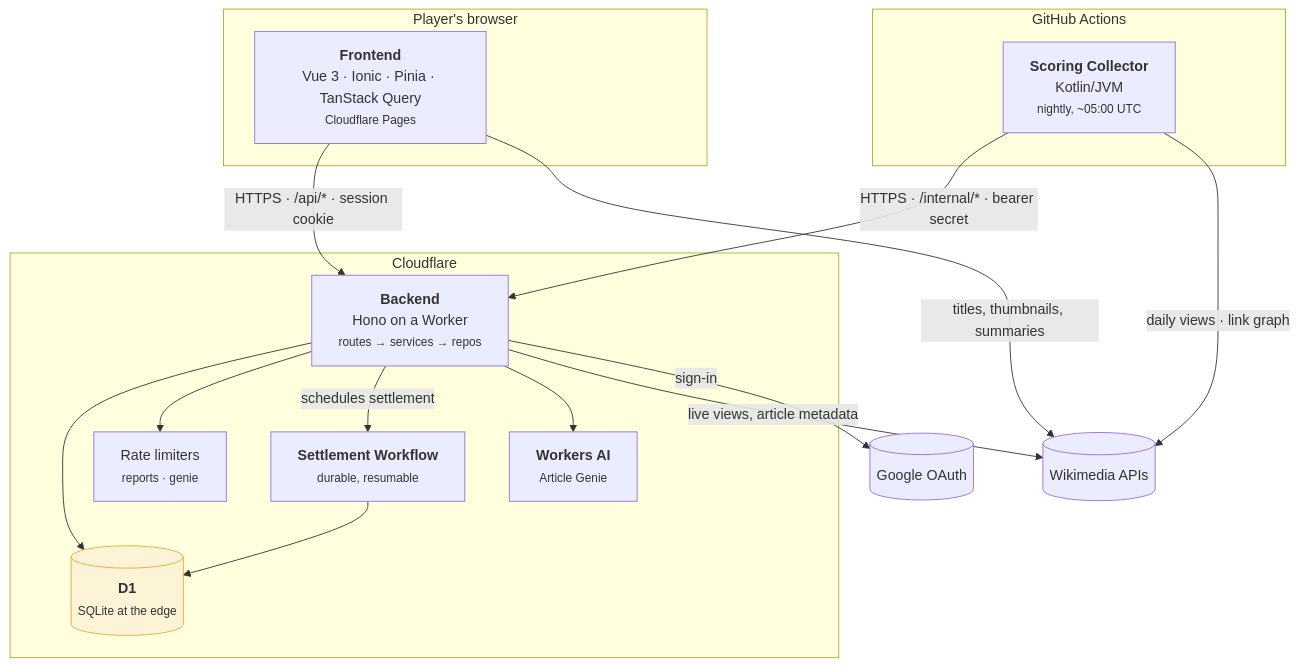
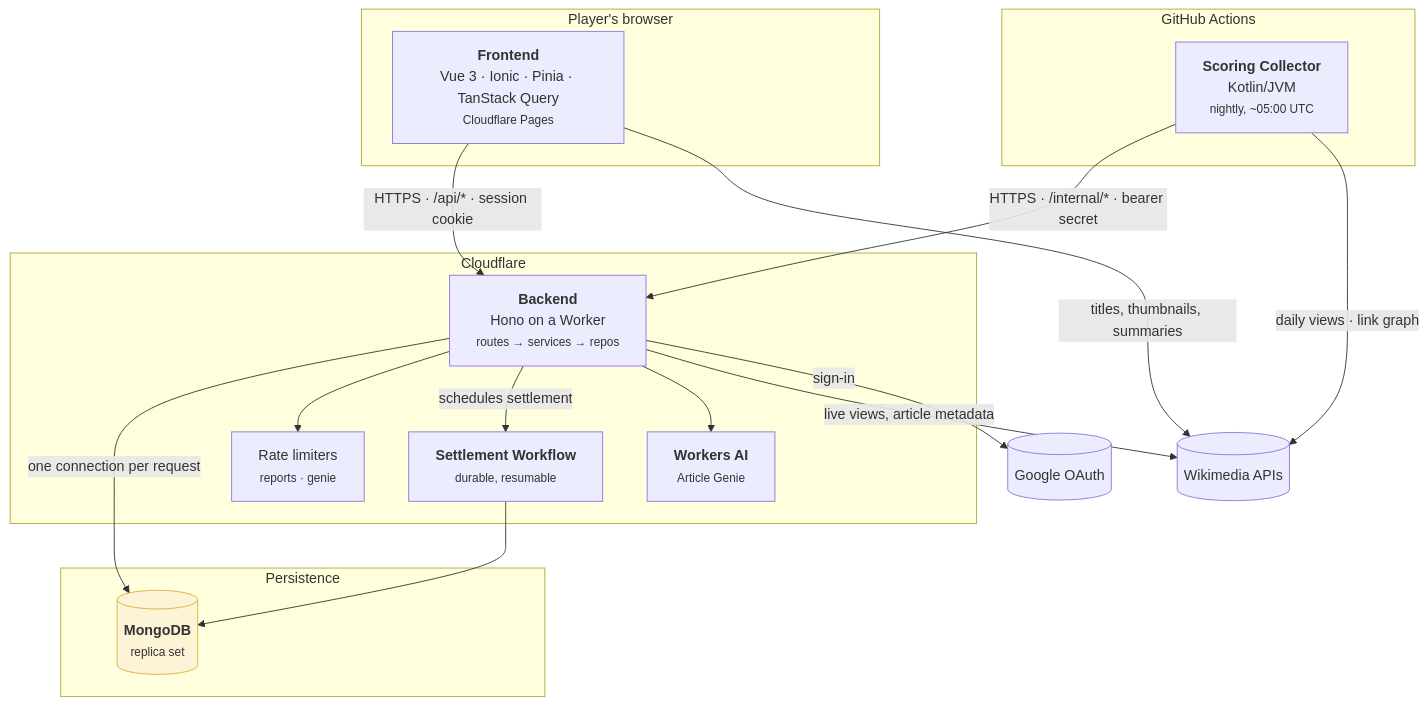
The second of 4 diagrams in docs/site/pages/architecture/index.md (FantasyWiki/FantasyWiki), drawn with Mermaid before and after one commit. The commit also changed other lines of this file and 48 other files, not shown here.

````diff
--- a/docs/site/pages/architecture/index.md
+++ b/docs/site/pages/architecture/index.md
@@ -43,36 +43,39 @@
 ```mermaid
 flowchart TB
   subgraph Browser["Player's browser"]
     FE["<b>Frontend</b><br/>Vue 3 · Ionic · Pinia · TanStack Query<br/><small>Cloudflare Pages</small>"]
   end
 
   subgraph CF["Cloudflare"]
     BE["<b>Backend</b><br/>Hono on a Worker<br/><small>routes → services → repos</small>"]
-    D1[("<b>D1</b><br/><small>SQLite at the edge</small>")]
     WF["<b>Settlement Workflow</b><br/><small>durable, resumable</small>"]
     AI["<b>Workers AI</b><br/><small>Article Genie</small>"]
     RL["Rate limiters<br/><small>reports · genie</small>"]
+  end
+
+  subgraph ST["Persistence"]
+    DB[("<b>MongoDB</b><br/><small>replica set</small>")]
   end
 
   subgraph GHA["GitHub Actions"]
     COL["<b>Scoring Collector</b><br/>Kotlin/JVM<br/><small>nightly, ~05:00 UTC</small>"]
   end
 
   WM[("Wikimedia APIs")]
   GO[("Google OAuth")]
 
   FE -->|"HTTPS · /api/* · session cookie"| BE
   FE -->|"titles, thumbnails, summaries"| WM
-  BE --> D1
+  BE -->|"one connection per request"| DB
   BE --> RL
   BE -->|"schedules settlement"| WF
-  WF --> D1
+  WF --> DB
   BE --> AI
   BE -->|"live views, article metadata"| WM
   BE -->|"sign-in"| GO
   COL -->|"HTTPS · /internal/* · bearer secret"| BE
   COL -->|"daily views · link graph"| WM
 
   classDef store fill:#fdf3d6,stroke:#d8b03a;
-  class D1 store;
+  class DB store;
 ```
````
